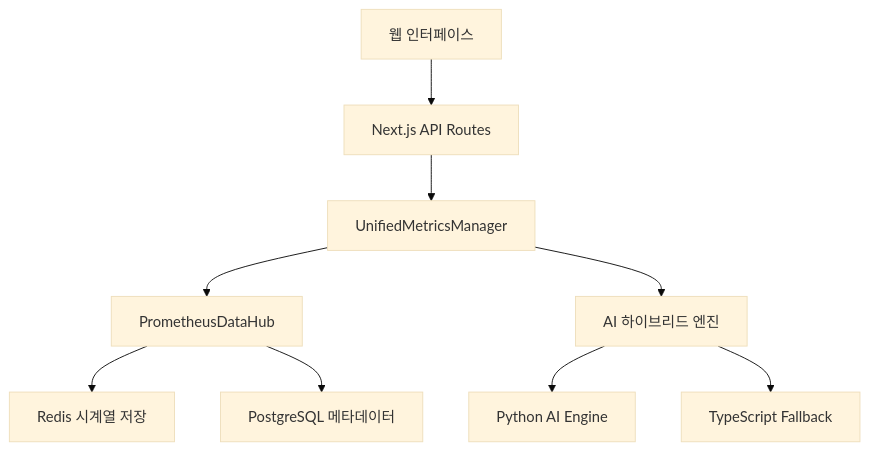
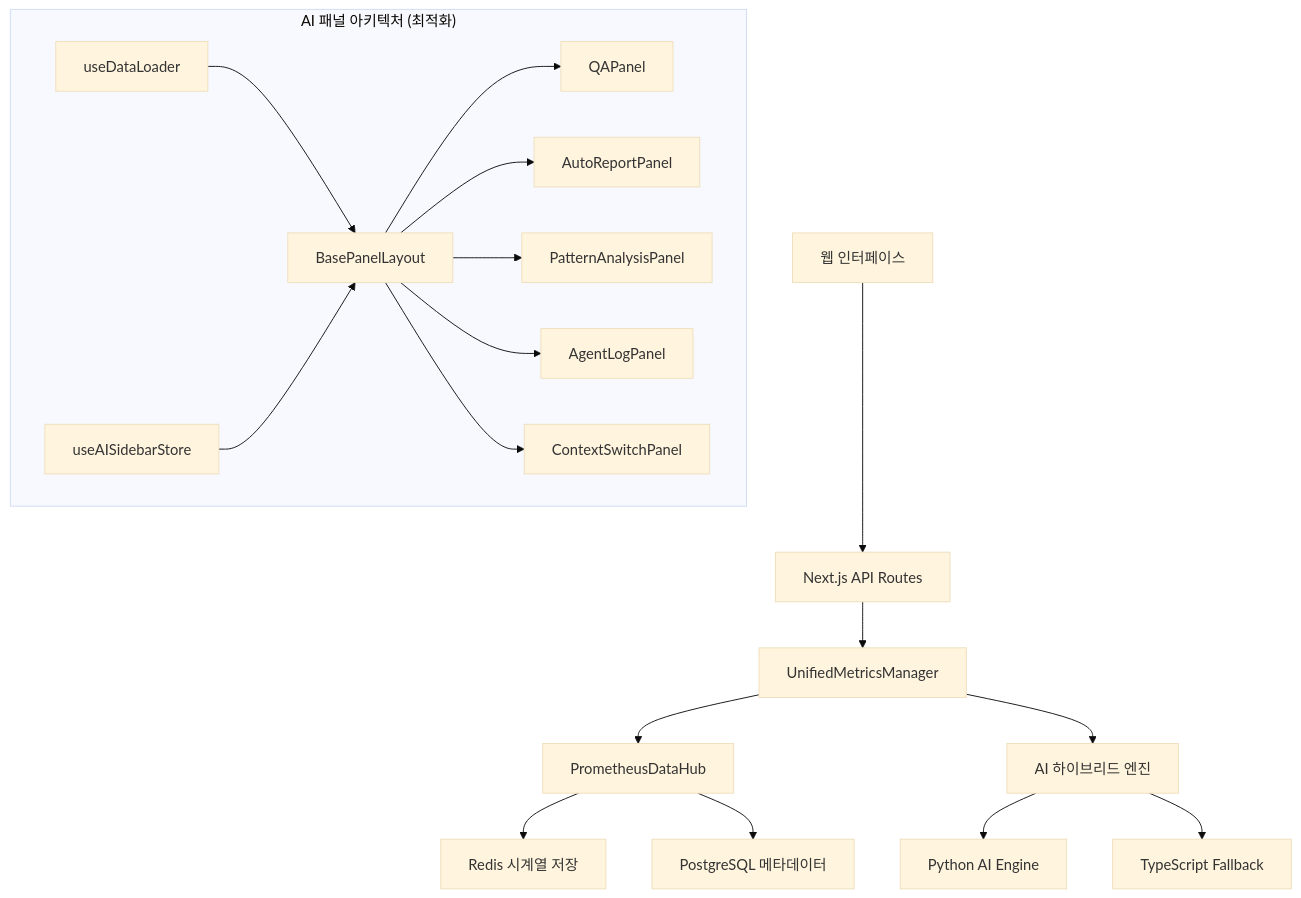
Before and after one commit to skyasu2/openmanager-vibe-v5: the diagram in README.md, drawn with Mermaid (base theme). The commit also changed other lines of this file and 38 other files, not shown here.

Commit message:
v5.17.10: AI 패널 최적화 완료 - BasePanelLayout 통합, 중복코드 80% 제거, Vercel 배포 안정화

````diff
--- a/README.md
+++ b/README.md
@@ -70,11 +100,21 @@
 ```mermaid
 graph TB
     A[웹 인터페이스] --> B[Next.js API Routes]
     B --> C[UnifiedMetricsManager]
     C --> D[PrometheusDataHub]
     D --> E[Redis 시계열 저장]
     D --> F[PostgreSQL 메타데이터]
     C --> G[AI 하이브리드 엔진]
     G --> H[Python AI Engine]
     G --> I[TypeScript Fallback]
+    
+    subgraph "AI 패널 아키텍처 (최적화)"
+        J[BasePanelLayout] --> K[QAPanel]
+        J --> L[AutoReportPanel]
+        J --> M[PatternAnalysisPanel]
+        J --> N[AgentLogPanel]
+        J --> O[ContextSwitchPanel]
+        P[useDataLoader] --> J
+        Q[useAISidebarStore] --> J
+    end
 ```
````
